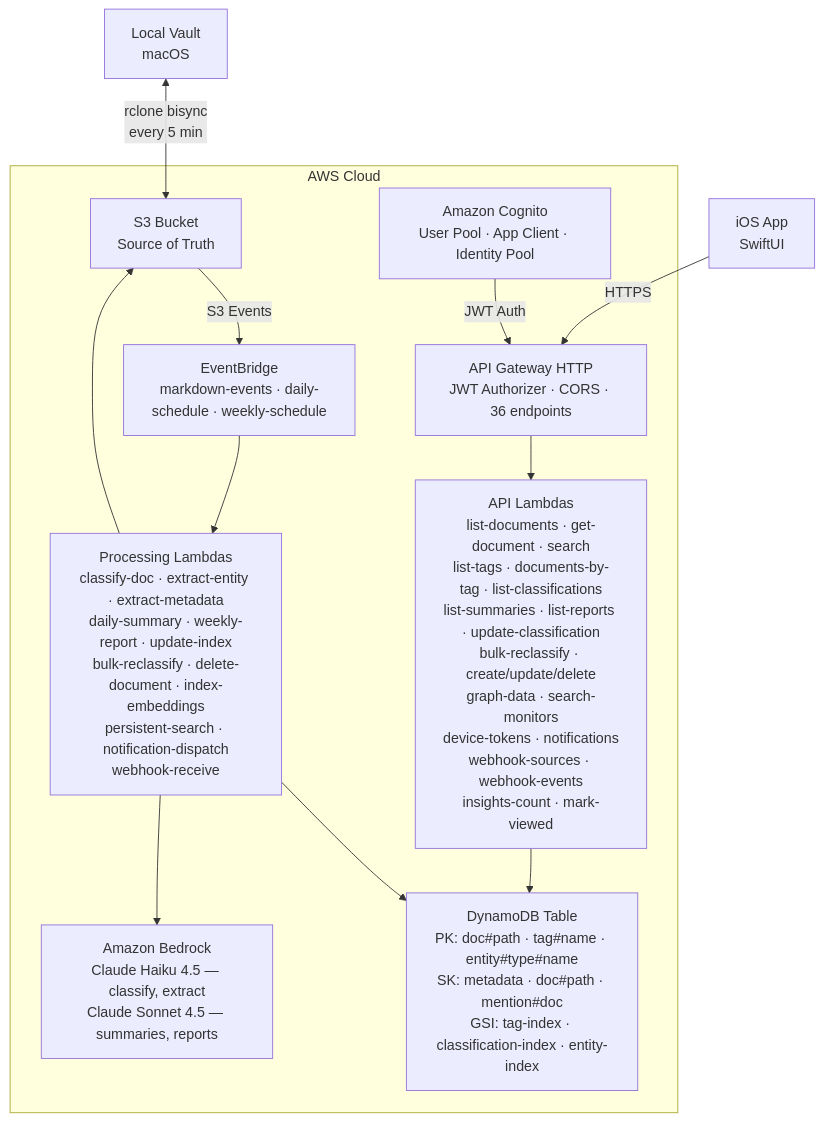
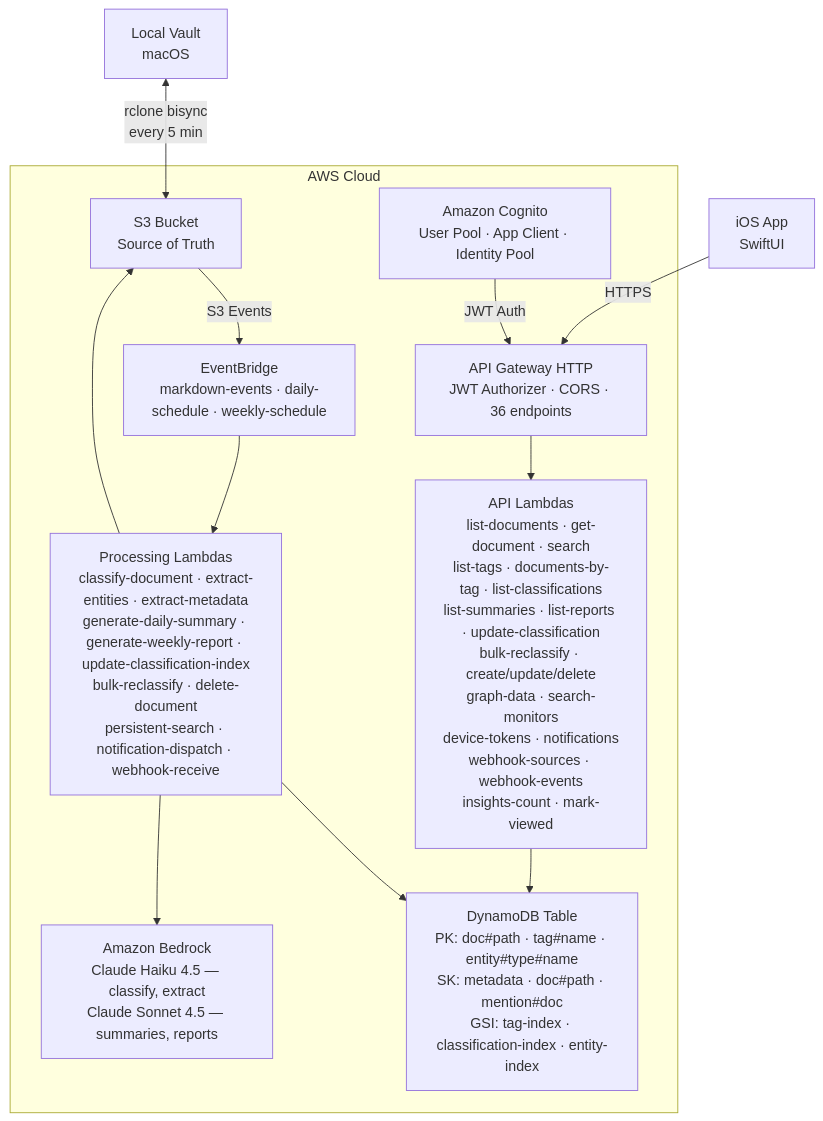
Before and after one commit to spaceba-by/pkm: the diagram in docs/architecture.md, drawn with Mermaid.

Commit message:
fix: correct processing Lambda names in architecture diagram
Remove index-embeddings (CLI utility, not EventBridge-triggered) and
use full Lambda function names instead of abbreviated ones in the
mermaid diagram's ProcLambda node.

````diff
--- a/docs/architecture.md
+++ b/docs/architecture.md
@@ -9,23 +9,23 @@
 ```mermaid
 graph TD
     Vault[Local Vault<br/>macOS] <-->|rclone bisync<br/>every 5 min| S3
     iOS[iOS App<br/>SwiftUI] -->|HTTPS| APIGW
 
     subgraph AWS[AWS Cloud]
         S3[S3 Bucket<br/>Source of Truth]
         Cognito[Amazon Cognito<br/>User Pool · App Client · Identity Pool]
 
         S3 -->|S3 Events| EB[EventBridge<br/>markdown-events · daily-schedule · weekly-schedule]
         Cognito -->|JWT Auth| APIGW[API Gateway HTTP<br/>JWT Authorizer · CORS · 36 endpoints]
 
-        EB --> ProcLambda[Processing Lambdas<br/>classify-doc · extract-entity · extract-metadata<br/>daily-summary · weekly-report · update-index<br/>bulk-reclassify · delete-document · index-embeddings<br/>persistent-search · notification-dispatch<br/>webhook-receive]
+        EB --> ProcLambda[Processing Lambdas<br/>classify-document · extract-entities · extract-metadata<br/>generate-daily-summary · generate-weekly-report · update-classification-index<br/>bulk-reclassify · delete-document<br/>persistent-search · notification-dispatch · webhook-receive]
 
         APIGW --> APILambda[API Lambdas<br/>list-documents · get-document · search<br/>list-tags · documents-by-tag · list-classifications<br/>list-summaries · list-reports · update-classification<br/>bulk-reclassify · create/update/delete<br/>graph-data · search-monitors<br/>device-tokens · notifications<br/>webhook-sources · webhook-events<br/>insights-count · mark-viewed]
 
         ProcLambda --> DynamoDB[DynamoDB Table<br/>PK: doc#path · tag#name · entity#type#name<br/>SK: metadata · doc#path · mention#doc<br/>GSI: tag-index · classification-index · entity-index]
         APILambda --> DynamoDB
         ProcLambda --> S3
 
         ProcLambda --> Bedrock[Amazon Bedrock<br/>Claude Haiku 4.5 — classify, extract<br/>Claude Sonnet 4.5 — summaries, reports]
     end
 ```
````
